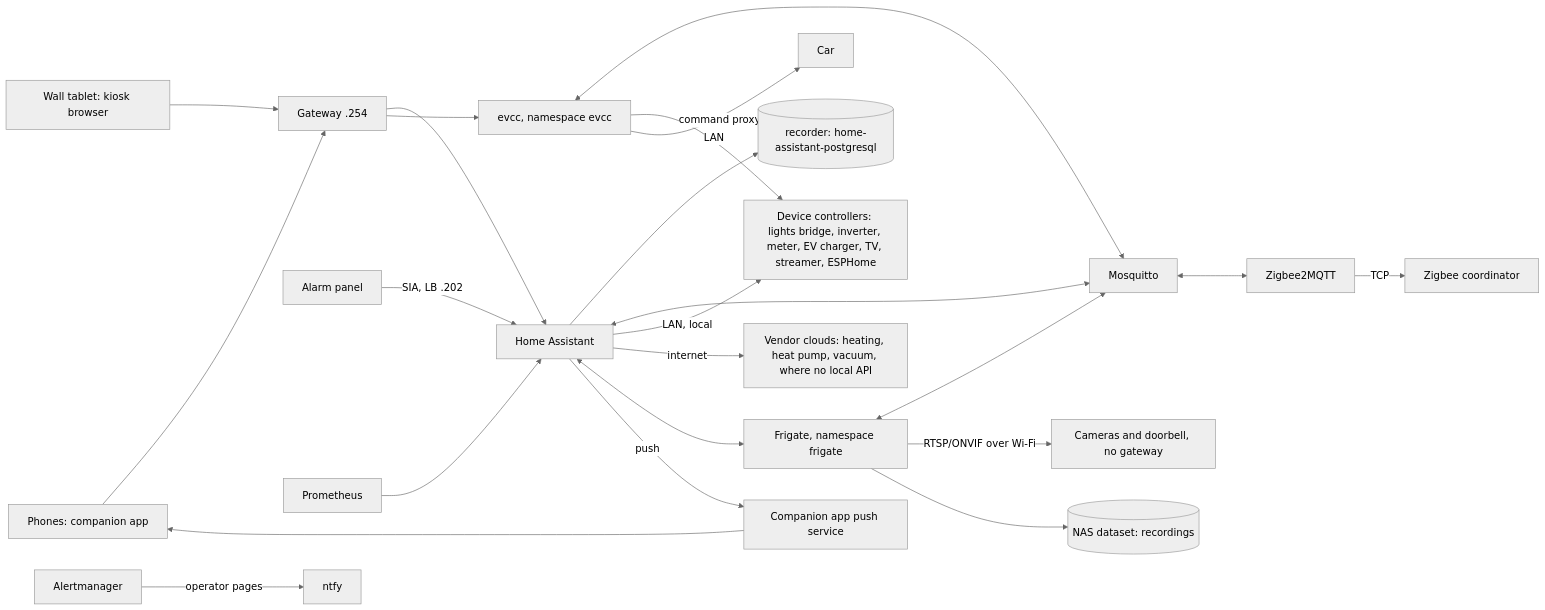
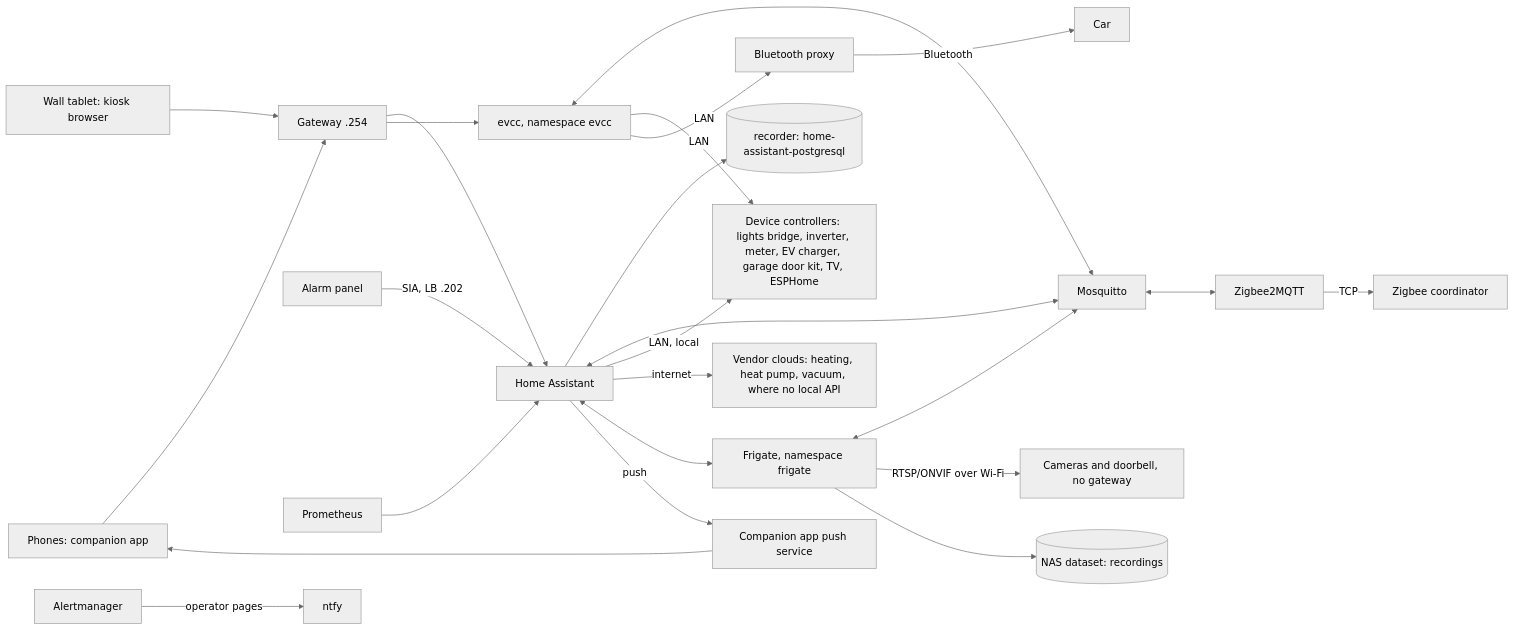
Before and after one commit to ned-si/homelab: the diagram in .kiro/specs/home-automation/design.md, drawn with Mermaid (neutral theme). The commit also changed other lines of this file and 2 other files, not shown here.

````diff
--- a/.kiro/specs/home-automation/design.md
+++ b/.kiro/specs/home-automation/design.md
@@ -9,22 +9,22 @@
 ```mermaid
 flowchart LR
   phones[Phones: companion app] --> gw[Gateway .254]
   tablet[Wall tablet: kiosk browser] --> gw
   gw --> ha[Home Assistant]
   gw --> evcc[evcc, namespace evcc]
   ha --> pg[(recorder: home-assistant-postgresql)]
   ha <--> mq[Mosquitto] <--> z2m[Zigbee2MQTT] -- TCP --> coord[Zigbee coordinator]
   evcc <--> mq
-  ha -- LAN, local --> ctrl[Device controllers: lights bridge, inverter, meter, EV charger, TV, streamer, ESPHome]
+  ha -- LAN, local --> ctrl[Device controllers: lights bridge, inverter, meter, EV charger, garage door kit, TV, ESPHome]
   evcc -- LAN --> ctrl
-  evcc -- command proxy --> car[Car]
+  evcc -- LAN --> bt[Bluetooth proxy] -- Bluetooth --> car[Car]
   ha -- internet --> cloud[Vendor clouds: heating, heat pump, vacuum, where no local API]
   alarm[Alarm panel] -- SIA, LB .202 --> ha
   ha <--> nvr[Frigate, namespace frigate]
   nvr <--> mq
   nvr -- RTSP/ONVIF over Wi-Fi --> cams[Cameras and doorbell, no gateway]
   nvr --> nas[(NAS dataset: recordings)]
   ha -- push --> fcm[Companion app push service] --> phones
   prom[Prometheus] --> ha
   am[Alertmanager] -- operator pages --> ntfy[ntfy]
 ```
````
